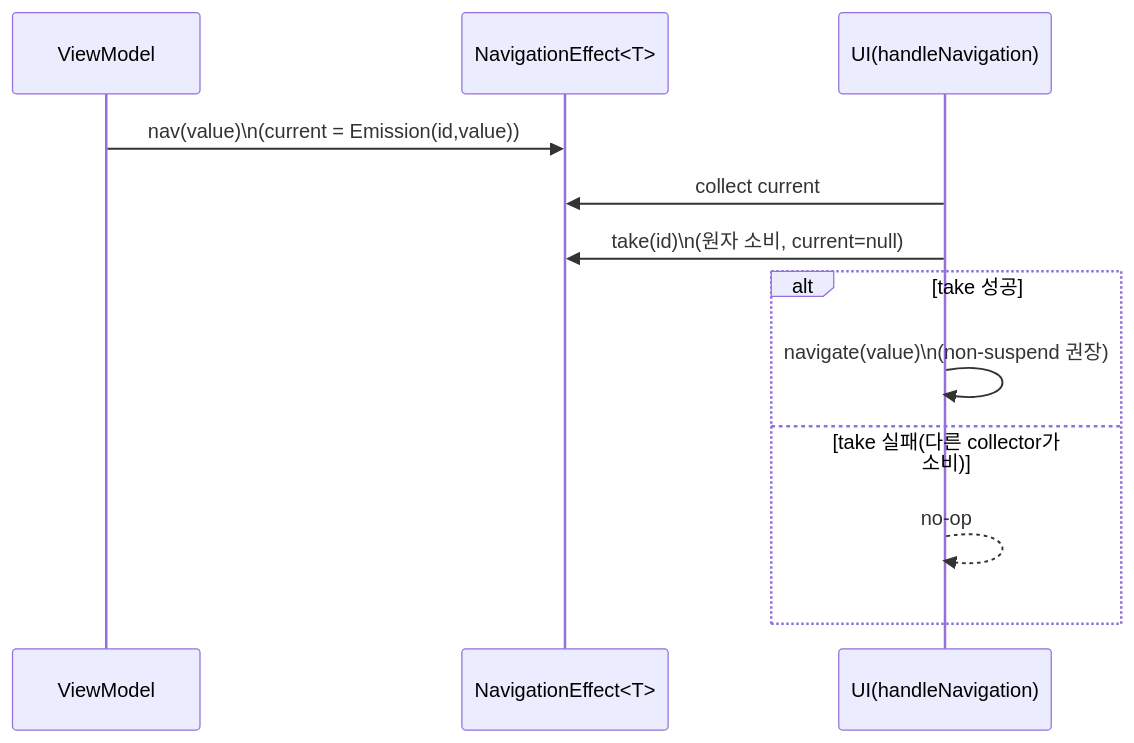
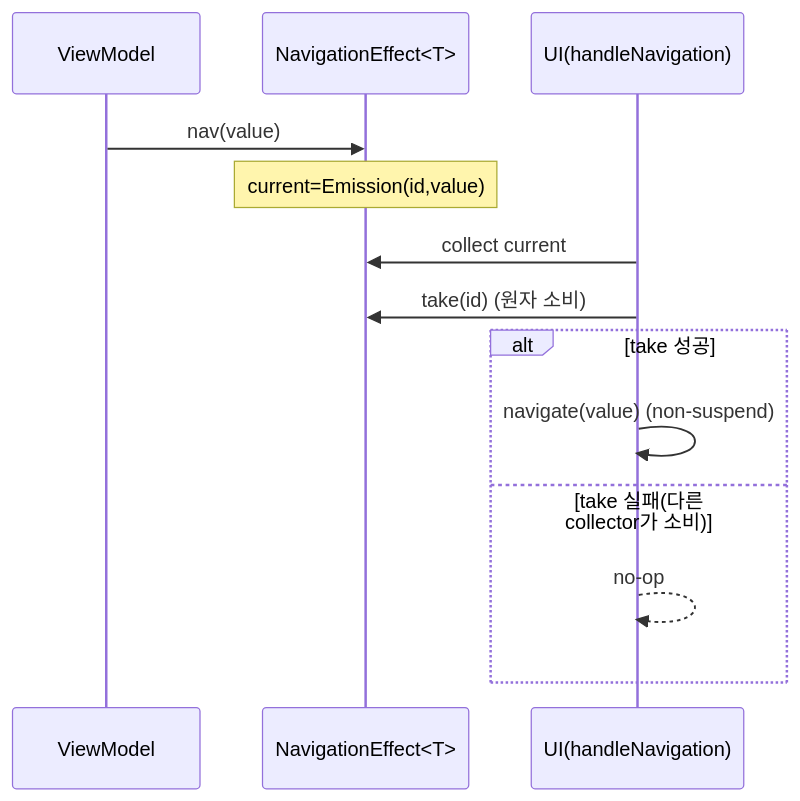
One commit to kez-lab/kez-lab.github.io changed the third of 3 diagrams in _posts/2026/02/2026-02-17-viewmodel-single-event.md. Above: the diagram before and after it, drawn with Mermaid. The commit also changed other lines of this file, not shown here.

Commit message:
fix: remove escaped newlines from mermaid diagrams

````diff
--- a/_posts/2026/02/2026-02-17-viewmodel-single-event.md
+++ b/_posts/2026/02/2026-02-17-viewmodel-single-event.md
@@ -134,15 +141,16 @@
 ```mermaid
 sequenceDiagram
   participant VM as ViewModel
   participant NE as NavigationEffect<T>
   participant UI as UI(handleNavigation)
 
-  VM->>NE: nav(value)\n(current = Emission(id,value))
+  VM->>NE: nav(value)
+  Note over NE: current=Emission(id,value)
   UI->>NE: collect current
-  UI->>NE: take(id)\n(원자 소비, current=null)
+  UI->>NE: take(id) (원자 소비)
   alt take 성공
-    UI->>UI: navigate(value)\n(non-suspend 권장)
+    UI->>UI: navigate(value) (non-suspend)
   else take 실패(다른 collector가 소비)
     UI-->>UI: no-op
   end
 ```
````
